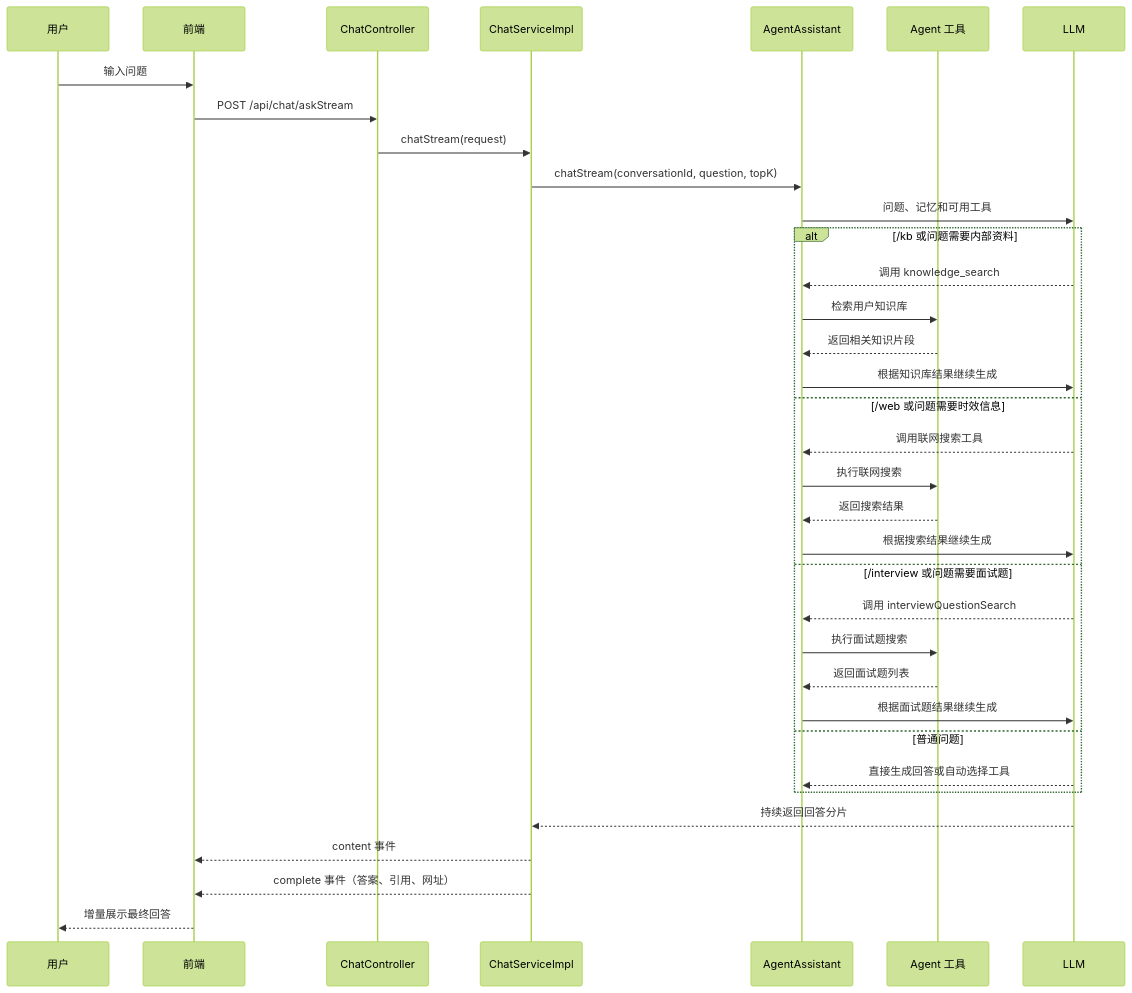
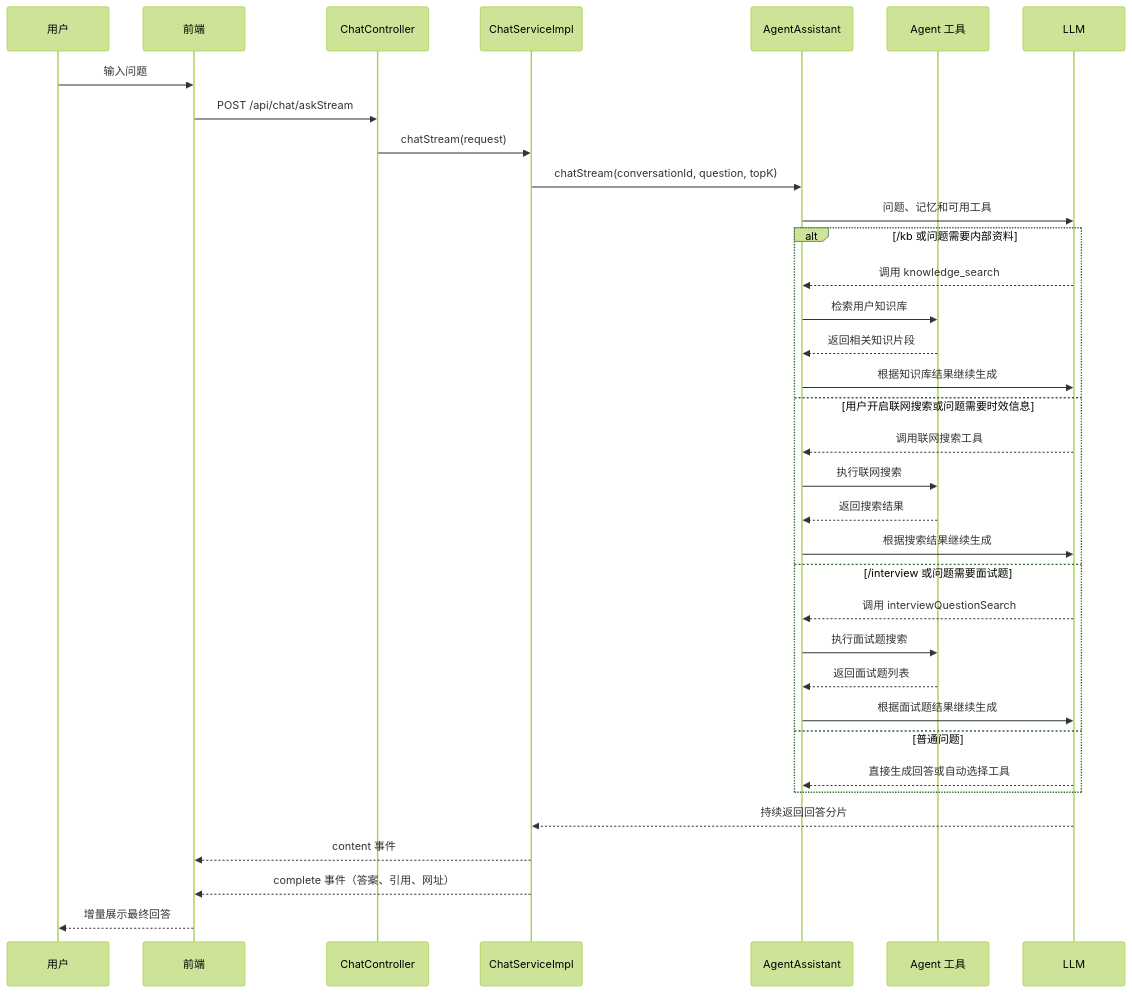
Before and after one commit to miahemu/ai-code-helper: the diagram in README.md, drawn with Mermaid (forest theme). The commit also changed other lines of this file and 20 other files, not shown here.

````diff
--- a/README.md
+++ b/README.md
@@ -71,38 +71,38 @@
 ```mermaid
 sequenceDiagram
     participant U as 用户
     participant F as 前端
     participant C as ChatController
     participant S as ChatServiceImpl
     participant A as AgentAssistant
     participant T as Agent 工具
     participant L as LLM
 
     U->>F: 输入问题
     F->>C: POST /api/chat/askStream
     C->>S: chatStream(request)
     S->>A: chatStream(conversationId, question, topK)
     A->>L: 问题、记忆和可用工具
     alt /kb 或问题需要内部资料
         L-->>A: 调用 knowledge_search
         A->>T: 检索用户知识库
         T-->>A: 返回相关知识片段
         A->>L: 根据知识库结果继续生成
-    else /web 或问题需要时效信息
+    else 用户开启联网搜索或问题需要时效信息
         L-->>A: 调用联网搜索工具
         A->>T: 执行联网搜索
         T-->>A: 返回搜索结果
         A->>L: 根据搜索结果继续生成
     else /interview 或问题需要面试题
         L-->>A: 调用 interviewQuestionSearch
         A->>T: 执行面试题搜索
         T-->>A: 返回面试题列表
         A->>L: 根据面试题结果继续生成
     else 普通问题
         L-->>A: 直接生成回答或自动选择工具
     end
     L-->>S: 持续返回回答分片
     S-->>F: content 事件
     S-->>F: complete 事件（答案、引用、网址）
     F-->>U: 增量展示最终回答
 ```
````
